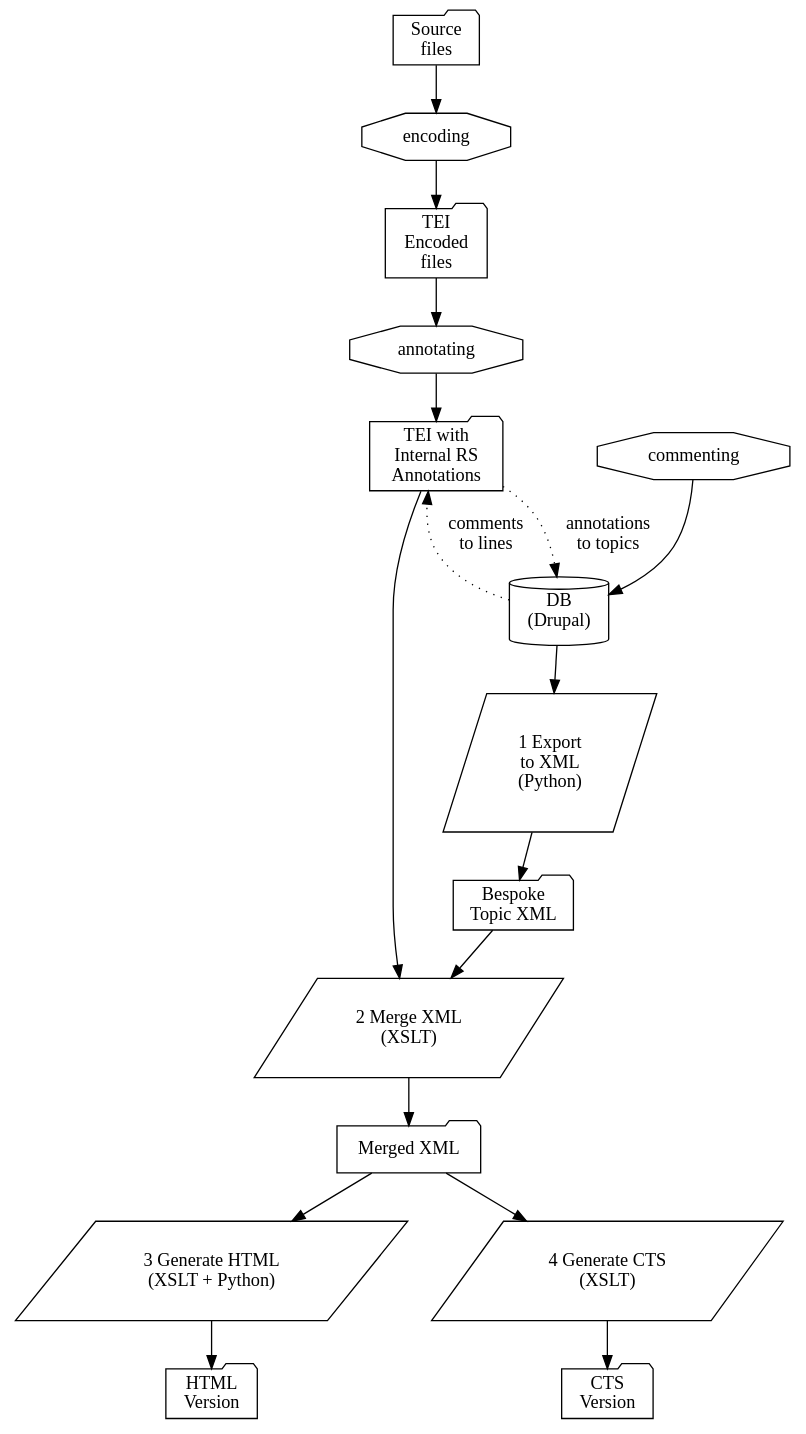
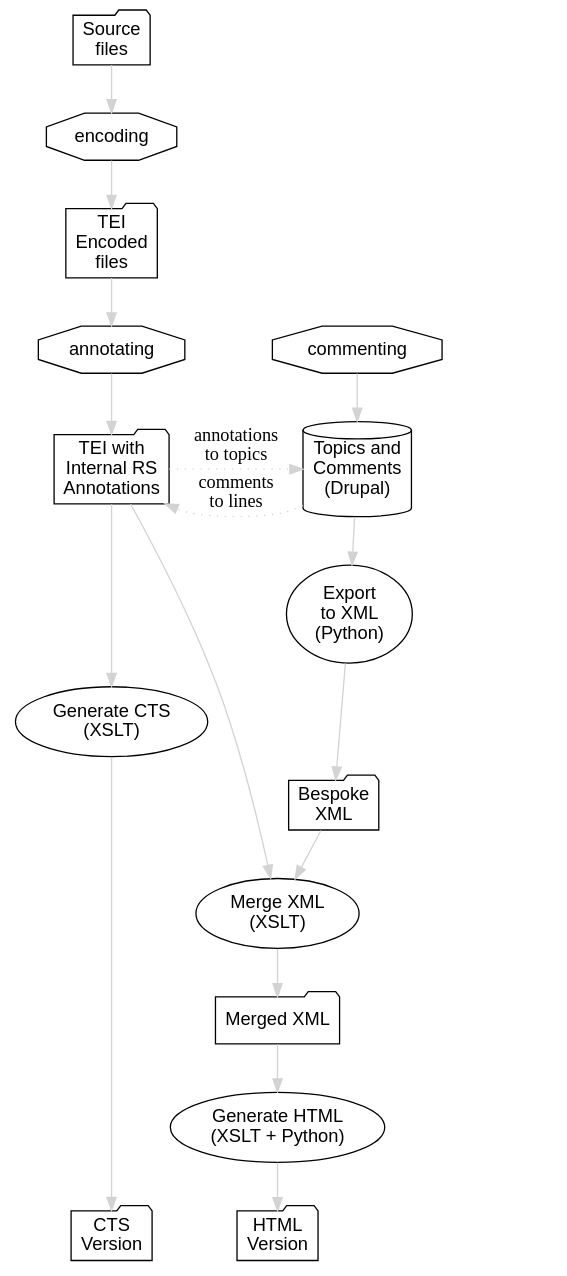
Before and after one commit to Multepal/popolwuj-original: the diagram in exhibits/workflow.dot, drawn with Graphviz. The commit also changed 1 other file, not shown here.

Commit message:
Fixed relation between TEI and CTS

```diff
--- a/exhibits/workflow.dot
+++ b/exhibits/workflow.dot
@@ -1,48 +1,59 @@
 digraph G {
+
+    // Graph
+    node [fontname="arial"]
+    edge [color="lightgray"]
 
     // Data Files
     node [shape="folder"]
     raw_text [label="Source\nfiles"]
     encoded_text [label="TEI\nEncoded\nfiles"]
     annoted_text [label="TEI with\nInternal RS\nAnnotations"]
-    // commentary [label="External\nComments"]
     merged_text [label="Merged XML"]
     html_version [label="HTML\nVersion"]
     cts_version [label="CTS\nVersion"]
-    topic_xml [label="Bespoke\nTopic XML"]
+    topic_xml [label="Bespoke\nXML"]
 
     // Database 
     node [shape="cylinder"]
-    topic_db [label="DB\n(Drupal)"]
+    topic_db [label="Topics and\nComments\n(Drupal)"]
     
     // Code XSLT + Python
-    node [shape="parallelogram"]
-    T0 [label="1 Export\nto XML\n(Python)"]
-    T1 [label="2 Merge XML\n(XSLT)"]
-    T2 [label="3 Generate HTML\n(XSLT + Python)"]
-    T3 [label="4 Generate CTS\n(XSLT)"]
+    node [shape="ellipse"]
+    T0 [label="Export\nto XML\n(Python)"]
+    T1 [label="Merge XML\n(XSLT)"]
+    T2 [label="Generate HTML\n(XSLT + Python)"]
+    T3 [label="Generate CTS\n(XSLT)"]
 
     // Activities (labor)
     node [shape="octagon"]
     encoding
     annotating
     commenting
 
     // Links
     edge [style="dotted"]
     topic_db -> annoted_text [label="comments\nto lines"]
     annoted_text -> topic_db  [label="annotations\nto topics"]
 
     // Flow
     edge [style="line"]
     raw_text -> encoding -> encoded_text
     encoded_text -> annotating -> annoted_text
     commenting -> topic_db
     topic_db -> T0 -> topic_xml
     {annoted_text; topic_xml} -> T1 -> merged_text
     
     merged_text -> T2 -> html_version
-    merged_text -> T3 -> cts_version
+    annoted_text -> T3 -> cts_version
+
+    EDIT [style="invis"]
+    CORE [style="invis"]
+    END [style="invis"]
+
+    {rank=same;EDIT;annotating;commenting}
+    {rank=same;CORE;annoted_text;topic_db}
+    {rank=same;END;cts_version;html_version}
 
 
 }
```
